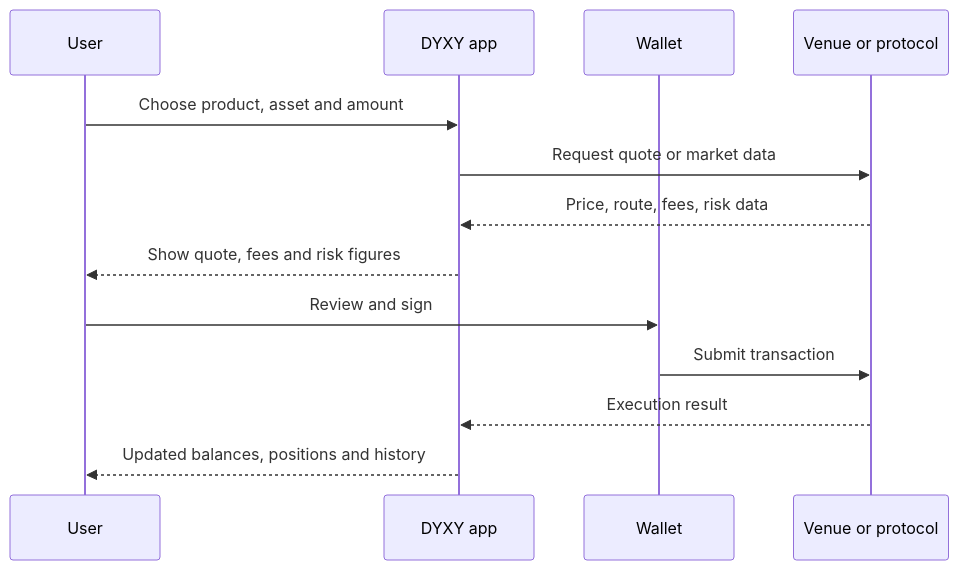
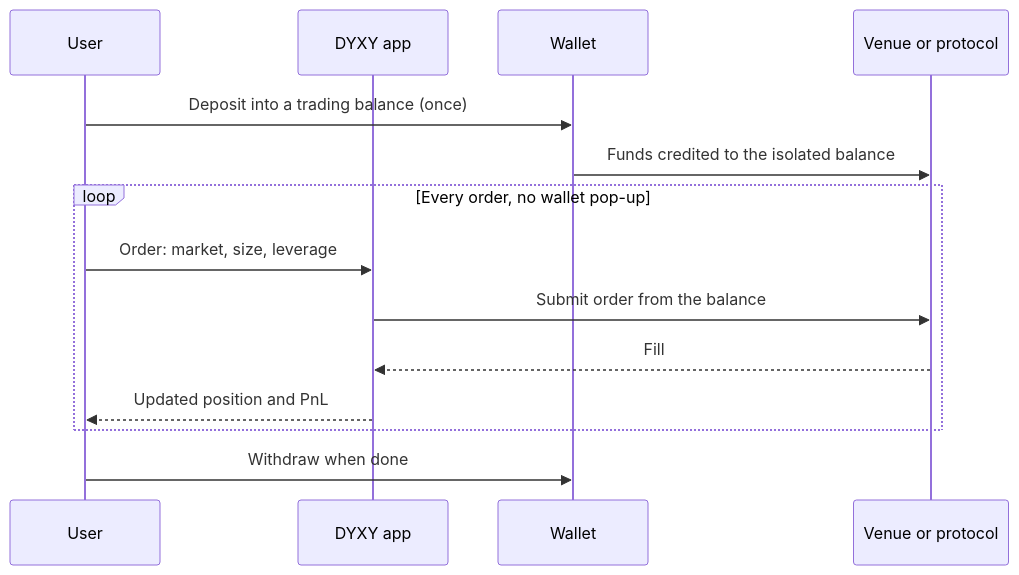
The third of 3 diagrams in README.md (dyxy-io/architecture), drawn with Mermaid before and after one commit. The commit also changed other lines of this file, not shown here.

Commit message:
Describe isolated trading balances instead of per-transaction signing
Claude-Session: https://claude.ai/code/session_012iQuL1Pk5Q3HYNx96DLsc1

````diff
--- a/README.md
+++ b/README.md
@@ -96,16 +97,17 @@
 ```mermaid
 sequenceDiagram
     participant U as User
     participant A as DYXY app
     participant W as Wallet
     participant V as Venue or protocol
 
-    U->>A: Choose product, asset and amount
-    A->>V: Request quote or market data
-    V-->>A: Price, route, fees, risk data
-    A-->>U: Show quote, fees and risk figures
-    U->>W: Review and sign
-    W->>V: Submit transaction
-    V-->>A: Execution result
-    A-->>U: Updated balances, positions and history
+    U->>W: Deposit into a trading balance (once)
+    W->>V: Funds credited to the isolated balance
+    loop Every order, no wallet pop-up
+        U->>A: Order: market, size, leverage
+        A->>V: Submit order from the balance
+        V-->>A: Fill
+        A-->>U: Updated position and PnL
+    end
+    U->>W: Withdraw when done
 ```
````
